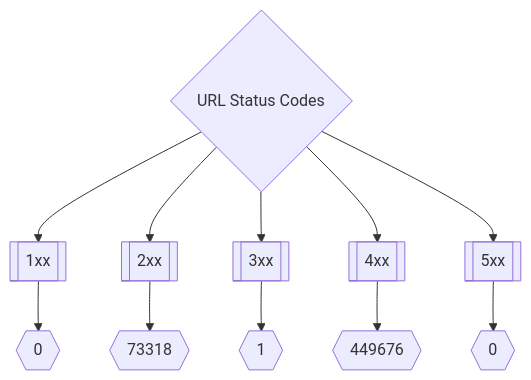
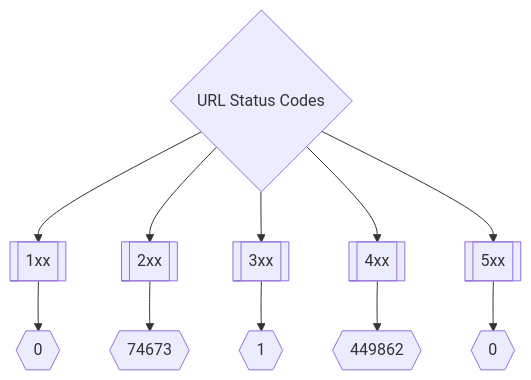
The second of 3 diagrams in README.md (trickest/inventory), drawn with Mermaid before and after one commit. The commit also changed other lines of this file, not shown here.

Commit message:
Update Tue May  3 15:34:19 UTC 2022

````diff
--- a/README.md
+++ b/README.md
@@ -173,8 +173,8 @@
 ```mermaid
 graph TD
 title{URL Status Codes} --> 1xx[[1xx]] --> status1xxNum{{0}}
-title --> 2xx[[2xx]] --> status2xxNum{{73318}}
+title --> 2xx[[2xx]] --> status2xxNum{{74673}}
 title --> 3xx[[3xx]] --> status3xxNum{{1}}
-title --> 4xx[[4xx]] --> status4xxNum{{449676}}
+title --> 4xx[[4xx]] --> status4xxNum{{449862}}
 title --> 5xx[[5xx]] --> status5xxNum{{0}}
 ```
````
